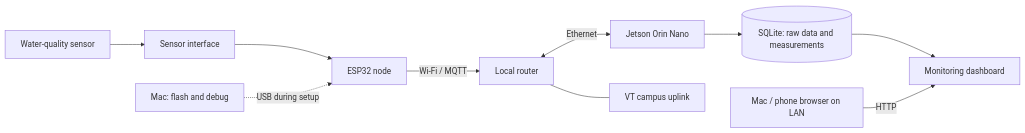
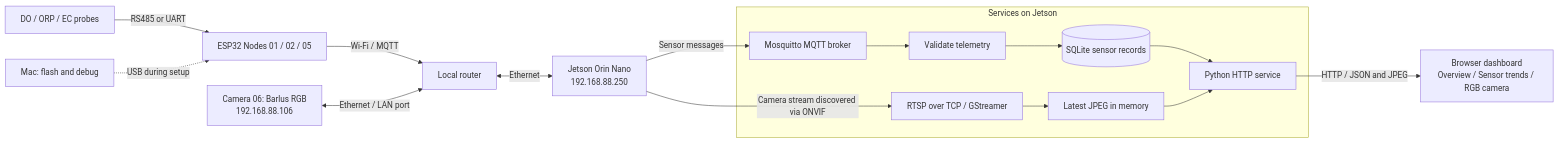
Before and after one commit to LihongYang99/clam_factory_deployment: the diagram in README.md, drawn with Mermaid. The commit also changed other lines of this file, not shown here.

````diff
--- a/README.md
+++ b/README.md
@@ -34,12 +38,18 @@
 ```mermaid
 flowchart LR
-    S[Water-quality sensor] --> I[Sensor interface]
-    I --> N[ESP32 node]
+    S[DO / ORP / EC probes] -->|RS485 or UART| N[ESP32 Nodes 01 / 02 / 05]
     M[Mac: flash and debug] -. USB during setup .-> N
     N -->|Wi-Fi / MQTT| R[Local router]
-    R <-->|Ethernet| J[Jetson Orin Nano]
-    J --> D[(SQLite: raw data and measurements)]
-    D --> W[Monitoring dashboard]
-    B[Mac / phone browser on LAN] -->|HTTP| W
-    R --- U[VT campus uplink]
+    C["Camera 06: Barlus RGB<br/>192.168.88.106"] <-->|Ethernet / LAN port| R
+    R <-->|Ethernet| J["Jetson Orin Nano<br/>192.168.88.250"]
+    subgraph Gateway[Services on Jetson]
+        Q[Mosquitto MQTT broker] --> V[Validate telemetry]
+        V --> D[(SQLite sensor records)]
+        P["RTSP over TCP / GStreamer"] --> F[Latest JPEG in memory]
+        D --> H[Python HTTP service]
+        F --> H
+    end
+    J -->|Sensor messages| Q
+    J -->|Camera stream discovered via ONVIF| P
+    H -->|HTTP / JSON and JPEG| W["Browser dashboard<br/>Overview / Sensor trends / RGB camera"]
 ```
````
